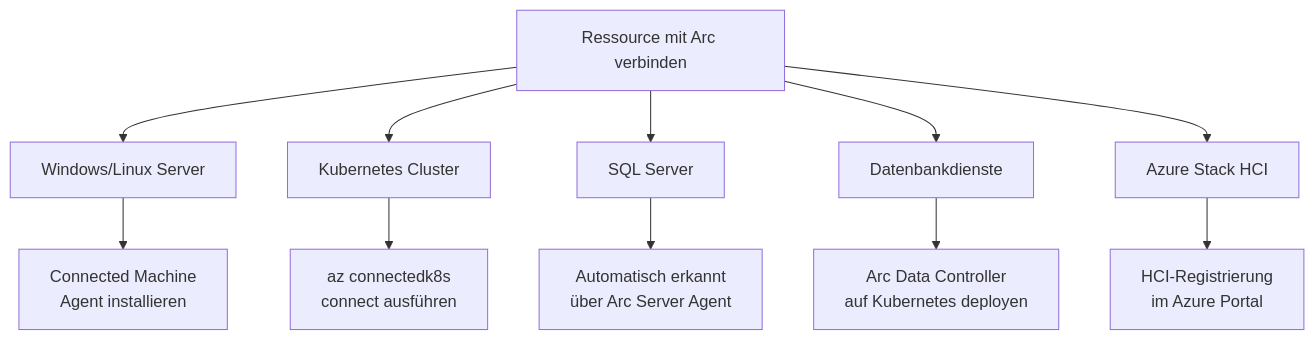
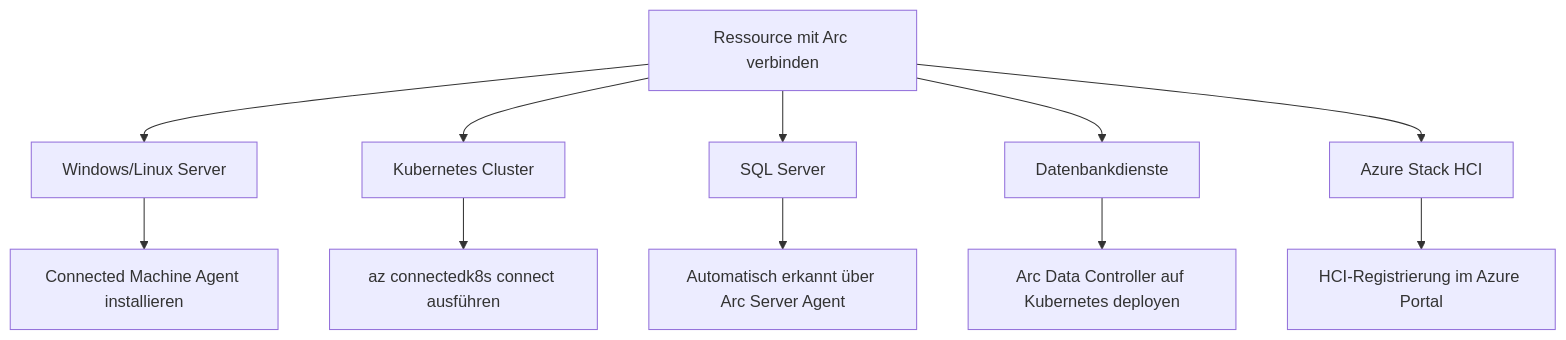
The sixth of 7 diagrams in Microsoft 365/Azure/Arc/Azure Arc Grundlagen.md (SoniiiT/notes-n-docs), drawn with Mermaid before and after one commit. The commit also changed other lines of this file and 124 other files, not shown here.

First line of the commit message:
fix: Entferne \n aus allen Mermaid-Diagrammen (125 Dateien)

````diff
--- a/Microsoft 365/Azure/Arc/Azure Arc Grundlagen.md
+++ b/Microsoft 365/Azure/Arc/Azure Arc Grundlagen.md
@@ -295,28 +295,28 @@
 ```mermaid
 graph TD
     START[Ressource mit Arc verbinden]
 
     SERVER[Windows/Linux Server]
     K8S[Kubernetes Cluster]
     SQL[SQL Server]
     DATA[Datenbankdienste]
     HCI[Azure Stack HCI]
 
-    AGENT[Connected Machine\nAgent installieren]
-    K8S_CMD[az connectedk8s\nconnect ausführen]
-    SQL_AUTO[Automatisch erkannt\nüber Arc Server Agent]
-    DATA_CTRL[Arc Data Controller\nauf Kubernetes deployen]
-    HCI_REG[HCI-Registrierung\nim Azure Portal]
+    AGENT[Connected Machine Agent installieren]
+    K8S_CMD[az connectedk8s connect ausführen]
+    SQL_AUTO[Automatisch erkannt über Arc Server Agent]
+    DATA_CTRL[Arc Data Controller auf Kubernetes deployen]
+    HCI_REG[HCI-Registrierung im Azure Portal]
 
     START --> SERVER
     START --> K8S
     START --> SQL
     START --> DATA
     START --> HCI
 
     SERVER --> AGENT
     K8S --> K8S_CMD
     SQL --> SQL_AUTO
     DATA --> DATA_CTRL
     HCI --> HCI_REG
 ```
````
